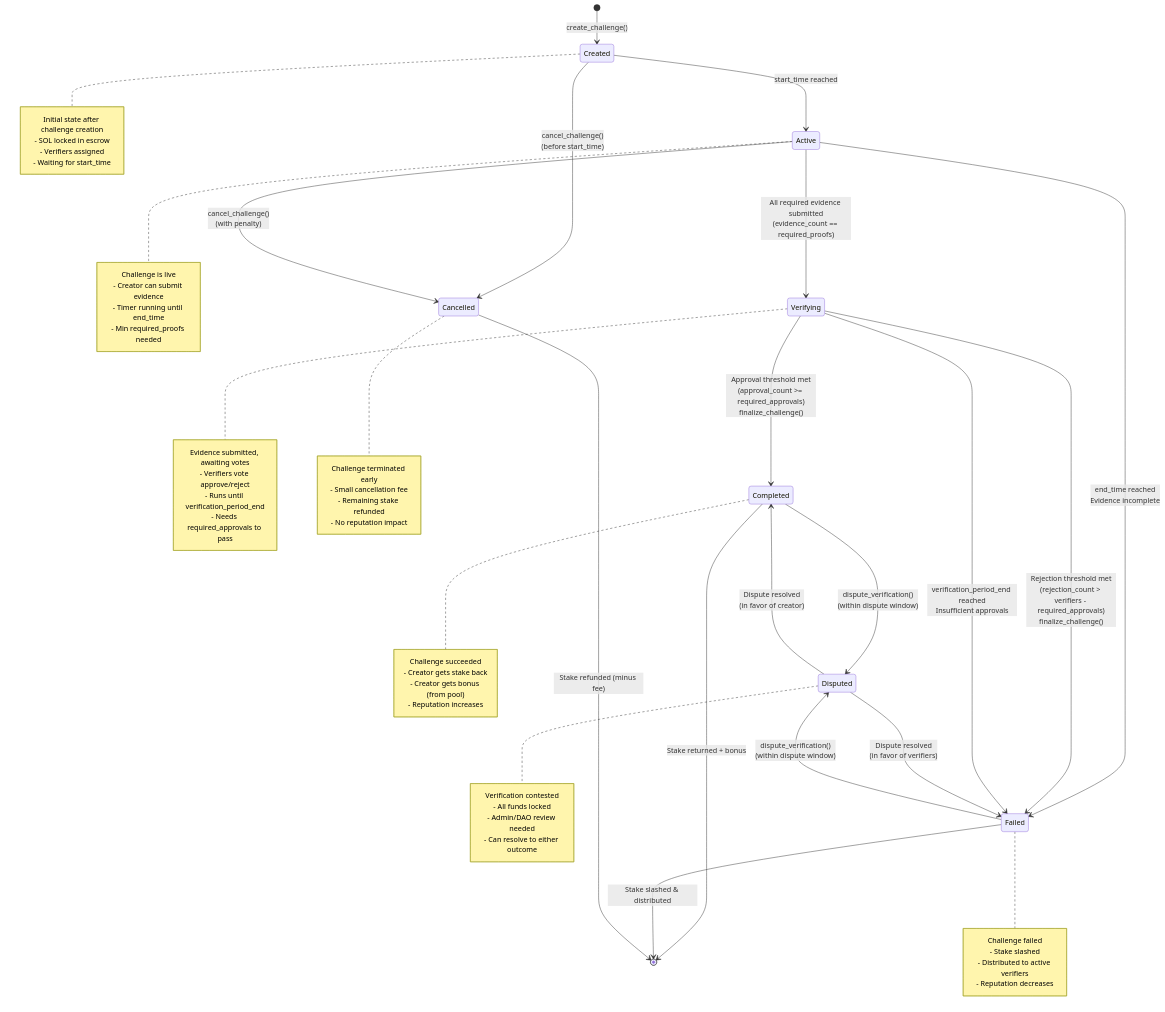
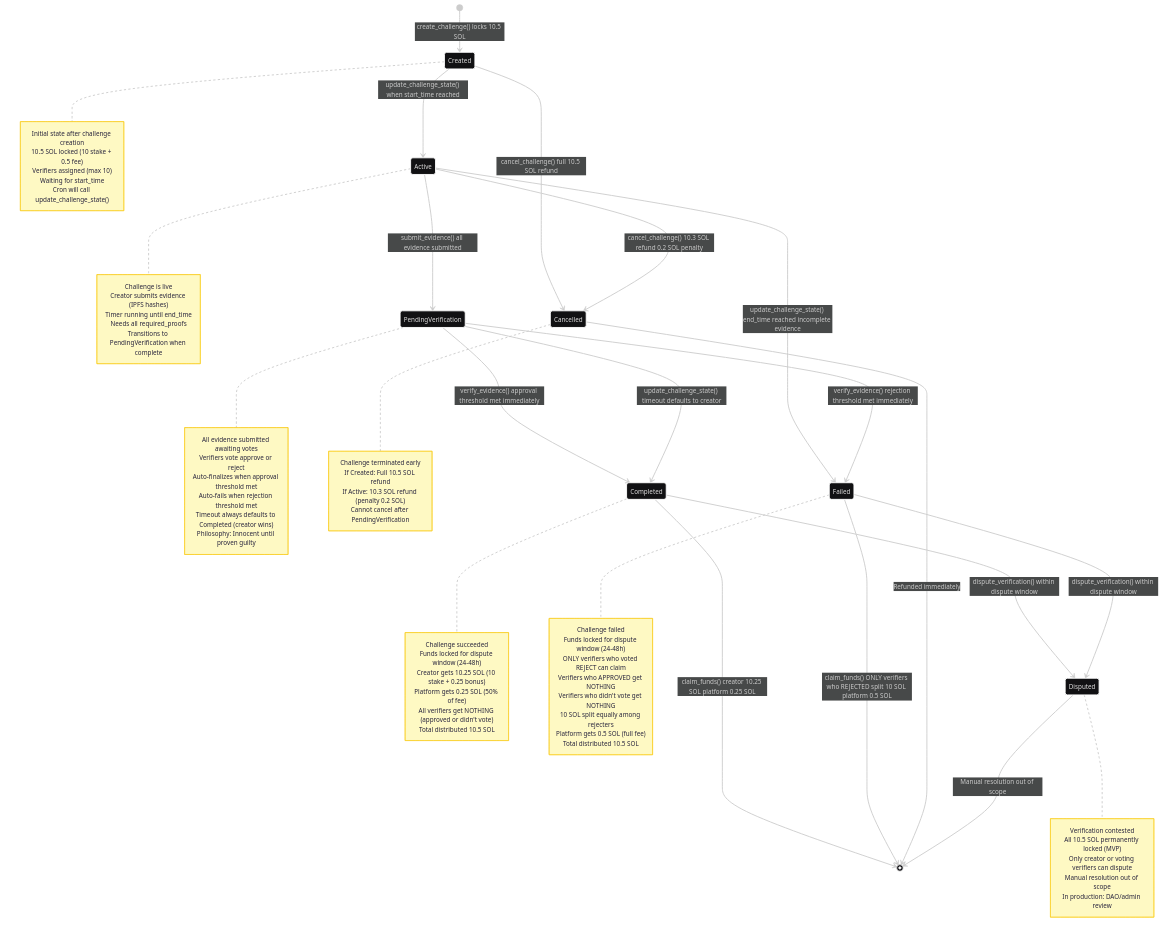
Before and after one commit to solana-turbin3/Q4_2025_Builder_Sourav_Mishra: the diagram in capstone-proof_of_touch_grass/state_diagram.md, drawn with Mermaid. The commit also changed other lines of this file, not shown here.

Commit message:
refactor: update state diagram

````diff
--- a/capstone-proof_of_touch_grass/state_diagram.md
+++ b/capstone-proof_of_touch_grass/state_diagram.md
@@ -3,62 +3,76 @@
 ```mermaid
+---
+config:
+  theme: redux-dark
+---
 stateDiagram-v2
-    [*] --> Created: create_challenge()
-    Created --> Active: start_time reached
-    Created --> Cancelled: cancel_challenge()<br/>(before start_time)
-    Active --> Verifying: All required evidence submitted<br/>(evidence_count == required_proofs)
-    Active --> Failed: end_time reached<br/>Evidence incomplete
-    Active --> Cancelled: cancel_challenge()<br/>(with penalty)
-    Verifying --> Completed: Approval threshold met<br/>(approval_count >= required_approvals)<br/>finalize_challenge()
-    Verifying --> Failed: Rejection threshold met<br/>(rejection_count > verifiers - required_approvals)<br/>finalize_challenge()
-    Verifying --> Failed: verification_period_end reached<br/>Insufficient approvals
-    Completed --> Disputed: dispute_verification()<br/>(within dispute window)
-    Failed --> Disputed: dispute_verification()<br/>(within dispute window)
-    Disputed --> Completed: Dispute resolved<br/>(in favor of creator)
-    Disputed --> Failed: Dispute resolved<br/>(in favor of verifiers)
-    Completed --> [*]: Stake returned + bonus
-    Failed --> [*]: Stake slashed & distributed
-    Cancelled --> [*]: Stake refunded (minus fee)
-
-    note right of Created
-        Initial state after challenge creation
-        - SOL locked in escrow
-        - Verifiers assigned
-        - Waiting for start_time
-    end note
-    note right of Active
-        Challenge is live
-        - Creator can submit evidence
-        - Timer running until end_time
-        - Min required_proofs needed
-    end note
-    note right of Verifying
-        Evidence submitted, awaiting votes
-        - Verifiers vote approve/reject
-        - Runs until verification_period_end
-        - Needs required_approvals to pass
-    end note
-    note right of Completed
-        Challenge succeeded
-        - Creator gets stake back
-        - Creator gets bonus (from pool)
-        - Reputation increases
-    end note
-    note right of Failed
-        Challenge failed
-        - Stake slashed
-        - Distributed to active verifiers
-        - Reputation decreases
-    end note
-    note right of Disputed
-        Verification contested
-        - All funds locked
-        - Admin/DAO review needed
-        - Can resolve to either outcome
-    end note
-    note right of Cancelled
-        Challenge terminated early
-        - Small cancellation fee
-        - Remaining stake refunded
-        - No reputation impact
-    end note
+  direction TB
+  [*] --> Created:create_challenge() locks 10.5 SOL
+  Created --> Active:update_challenge_state() when start_time reached
+  Created --> Cancelled:cancel_challenge() full 10.5 SOL refund
+  Active --> PendingVerification:submit_evidence() all evidence submitted
+  Active --> Failed:update_challenge_state() end_time reached incomplete evidence
+  Active --> Cancelled:cancel_challenge() 10.3 SOL refund 0.2 SOL penalty
+  PendingVerification --> Completed:verify_evidence() approval threshold met immediately
+  PendingVerification --> Failed:verify_evidence() rejection threshold met immediately
+  PendingVerification --> Completed:update_challenge_state() timeout defaults to creator
+  Completed --> Disputed:dispute_verification() within dispute window
+  Failed --> Disputed:dispute_verification() within dispute window
+  Completed --> [*]:claim_funds() creator 10.25 SOL platform 0.25 SOL
+  Failed --> [*]:claim_funds() ONLY verifiers who REJECTED split 10 SOL platform 0.5 SOL
+  Cancelled --> [*]:Refunded immediately
+  Disputed --> [*]:Manual resolution out of scope
+  note right of Created 
+  Initial state after challenge creation
+        10.5 SOL locked (10 stake + 0.5 fee)
+        Verifiers assigned (max 10)
+        Waiting for start_time
+        Cron will call update_challenge_state()
+  end note
+  note right of Active 
+  Challenge is live
+        Creator submits evidence (IPFS hashes)
+        Timer running until end_time
+        Needs all required_proofs
+        Transitions to PendingVerification when complete
+  end note
+  note right of PendingVerification 
+  All evidence submitted awaiting votes
+        Verifiers vote approve or reject
+        Auto-finalizes when approval threshold met
+        Auto-fails when rejection threshold met
+        Timeout always defaults to Completed (creator wins)
+        Philosophy: Innocent until proven guilty
+  end note
+  note right of Completed 
+  Challenge succeeded
+        Funds locked for dispute window (24-48h)
+        Creator gets 10.25 SOL (10 stake + 0.25 bonus)
+        Platform gets 0.25 SOL (50% of fee)
+        All verifiers get NOTHING (approved or didn't vote)
+        Total distributed 10.5 SOL
+  end note
+  note right of Failed 
+  Challenge failed
+        Funds locked for dispute window (24-48h)
+        ONLY verifiers who voted REJECT can claim
+        Verifiers who APPROVED get NOTHING
+        Verifiers who didn't vote get NOTHING
+        10 SOL split equally among rejecters
+        Platform gets 0.5 SOL (full fee)
+        Total distributed 10.5 SOL
+  end note
+  note right of Disputed 
+  Verification contested
+        All 10.5 SOL permanently locked (MVP)
+        Only creator or voting verifiers can dispute
+        Manual resolution out of scope
+        In production: DAO/admin review
+  end note
+  note right of Cancelled 
+  Challenge terminated early
+        If Created: Full 10.5 SOL refund
+        If Active: 10.3 SOL refund (penalty 0.2 SOL)
+        Cannot cancel after PendingVerification
+  end note
 ```
````
